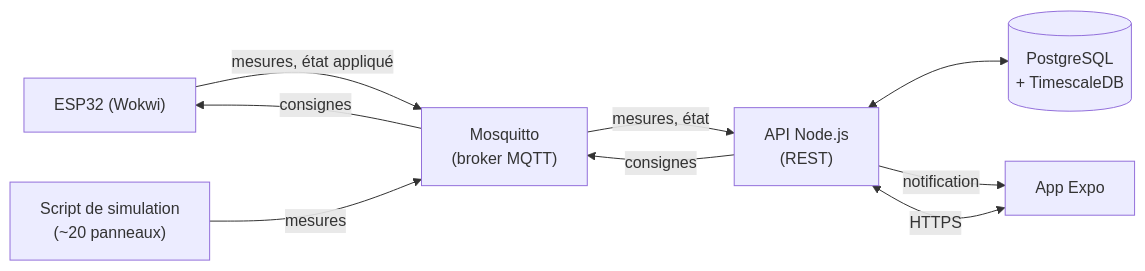
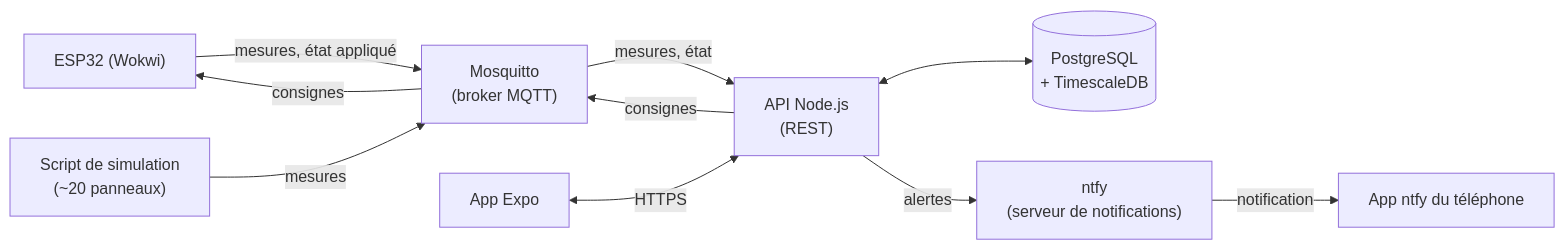
The diagram in docs/etude-faisabilite-parc-solaire.md (SamuelLnds/proj-app-mobile-co), drawn with Mermaid before and after one commit. The commit also changed other lines of this file and 5 other files, not shown here.

First line of the commit message:
docs(design): remplace le push Expo par les notifications locales et ntfy

````diff
--- a/docs/etude-faisabilite-parc-solaire.md
+++ b/docs/etude-faisabilite-parc-solaire.md
@@ -116,11 +116,12 @@
 ```mermaid
 flowchart LR
   ESP["ESP32 (Wokwi)"] -- "mesures, état appliqué" --> B["Mosquitto<br/>(broker MQTT)"]
   SIM["Script de simulation<br/>(~20 panneaux)"] -- "mesures" --> B
   B -- "mesures, état" --> API["API Node.js<br/>(REST)"]
   API -- "consignes" --> B
   B -- "consignes" --> ESP
   API <--> DB[("PostgreSQL<br/>+ TimescaleDB")]
   APP["App Expo"] <-- "HTTPS" --> API
-  API -- "notification" --> APP
+  API -- "alertes" --> N["ntfy<br/>(serveur de notifications)"]
+  N -- "notification" --> PH["App ntfy du téléphone"]
 ```
````
